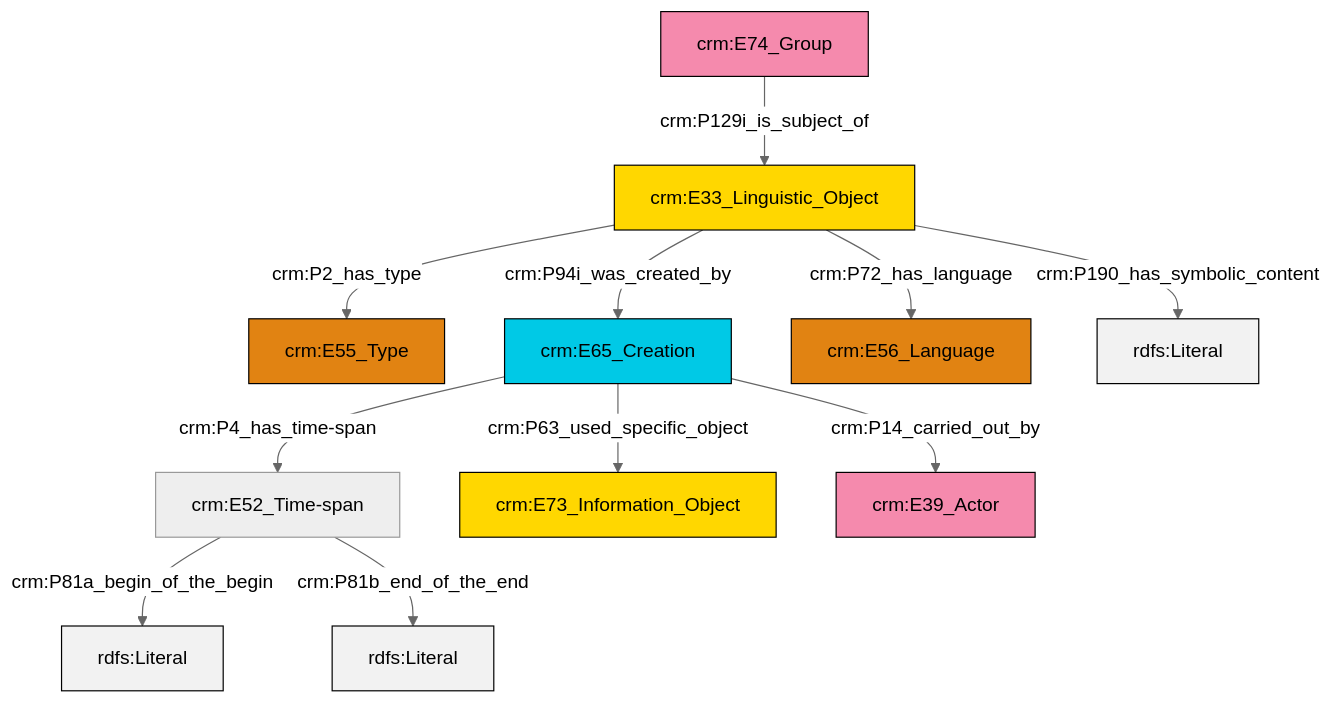
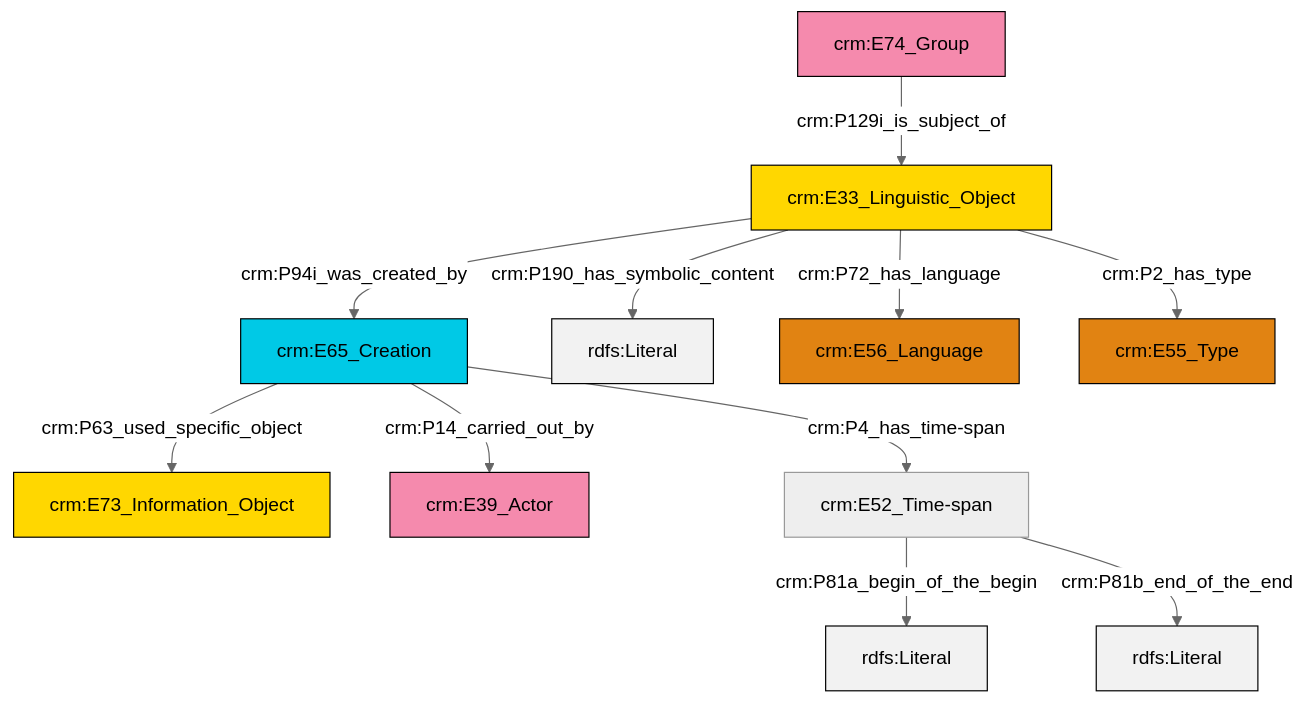
The diagram in et/groupCSV/ttl/mmd/group_description.ttl.mmd (swiss-art-research-net/reference-data-models), drawn with Mermaid (neutral theme) before and after one commit. The commit also changed 130 other files, not shown here.

```diff
--- a/et/groupCSV/ttl/mmd/group_description.ttl.mmd
+++ b/et/groupCSV/ttl/mmd/group_description.ttl.mmd
@@ -1,25 +1,25 @@
 graph TD
 classDef Literal fill:#f2f2f2,stroke:#000000;
 classDef CRM_Entity fill:#FFFFFF,stroke:#000000;
 classDef Temporal_Entity fill:#00C9E6, stroke:#000000;
 classDef Type fill:#E18312, stroke:#000000;
 classDef Time-Span fill:#2C9C91, stroke:#000000;
 classDef Appellation fill:#FFEB7F, stroke:#000000;
 classDef Place fill:#008836, stroke:#000000;
 classDef Persistent_Item fill:#B266B2, stroke:#000000;
 classDef Conceptual_Object fill:#FFD700, stroke:#000000;
 classDef Physical_Thing fill:#D2B48C, stroke:#000000;
 classDef Actor fill:#f58aad, stroke:#000000;
 classDef PC_Classes fill:#4ce600, stroke:#000000;
 classDef Multi fill:#cccccc,stroke:#000000;
 
-0["crm:E33_Linguistic_Object"]:::Conceptual_Object -->|crm:P2_has_type| 1["crm:E55_Type"]:::Type
-2["crm:E65_Creation"]:::Temporal_Entity -->|crm:P4_has_time-span| 3["crm:E52_Time-span"]:::Default
-3["crm:E52_Time-span"]:::Default -->|crm:P81a_begin_of_the_begin| 4[rdfs:Literal]:::Literal
-0["crm:E33_Linguistic_Object"]:::Conceptual_Object -->|crm:P94i_was_created_by| 2["crm:E65_Creation"]:::Temporal_Entity
-0["crm:E33_Linguistic_Object"]:::Conceptual_Object -->|crm:P72_has_language| 6["crm:E56_Language"]:::Type
-2["crm:E65_Creation"]:::Temporal_Entity -->|crm:P14_carried_out_by| 13["crm:E39_Actor"]:::Actor
-3["crm:E52_Time-span"]:::Default -->|crm:P81b_end_of_the_end| 14[rdfs:Literal]:::Literal
-0["crm:E33_Linguistic_Object"]:::Conceptual_Object -->|crm:P190_has_symbolic_content| 16[rdfs:Literal]:::Literal
-11["crm:E74_Group"]:::Actor -->|crm:P129i_is_subject_of| 0["crm:E33_Linguistic_Object"]:::Conceptual_Object
-2["crm:E65_Creation"]:::Temporal_Entity -->|crm:P63_used_specific_object| 9["crm:E73_Information_Object"]:::Conceptual_Object
+0["crm:E33_Linguistic_Object"]:::Conceptual_Object -->|crm:P94i_was_created_by| 1["crm:E65_Creation"]:::Temporal_Entity
+0["crm:E33_Linguistic_Object"]:::Conceptual_Object -->|crm:P190_has_symbolic_content| 2[rdfs:Literal]:::Literal
+1["crm:E65_Creation"]:::Temporal_Entity -->|crm:P63_used_specific_object| 3["crm:E73_Information_Object"]:::Conceptual_Object
+0["crm:E33_Linguistic_Object"]:::Conceptual_Object -->|crm:P72_has_language| 8["crm:E56_Language"]:::Type
+6["crm:E74_Group"]:::Actor -->|crm:P129i_is_subject_of| 0["crm:E33_Linguistic_Object"]:::Conceptual_Object
+11["crm:E52_Time-span"]:::Default -->|crm:P81a_begin_of_the_begin| 12[rdfs:Literal]:::Literal
+1["crm:E65_Creation"]:::Temporal_Entity -->|crm:P4_has_time-span| 11["crm:E52_Time-span"]:::Default
+11["crm:E52_Time-span"]:::Default -->|crm:P81b_end_of_the_end| 15[rdfs:Literal]:::Literal
+1["crm:E65_Creation"]:::Temporal_Entity -->|crm:P14_carried_out_by| 9["crm:E39_Actor"]:::Actor
+0["crm:E33_Linguistic_Object"]:::Conceptual_Object -->|crm:P2_has_type| 16["crm:E55_Type"]:::Type
```
